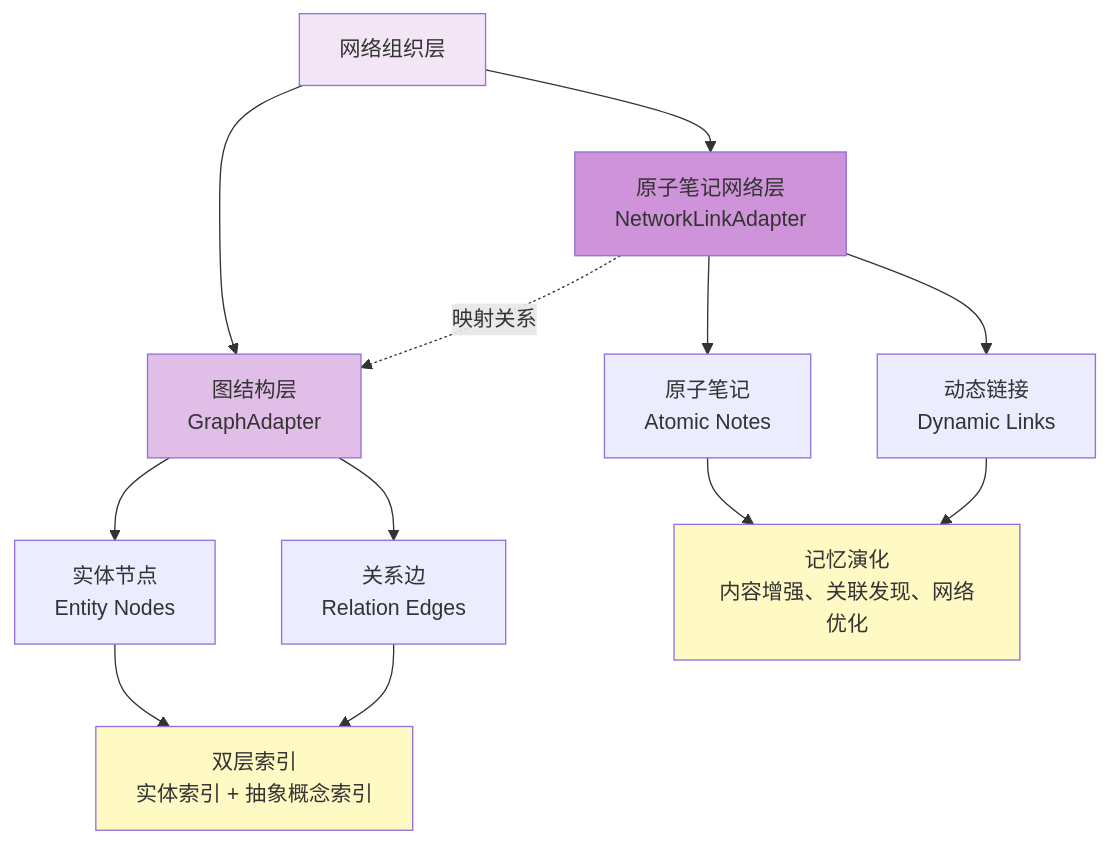
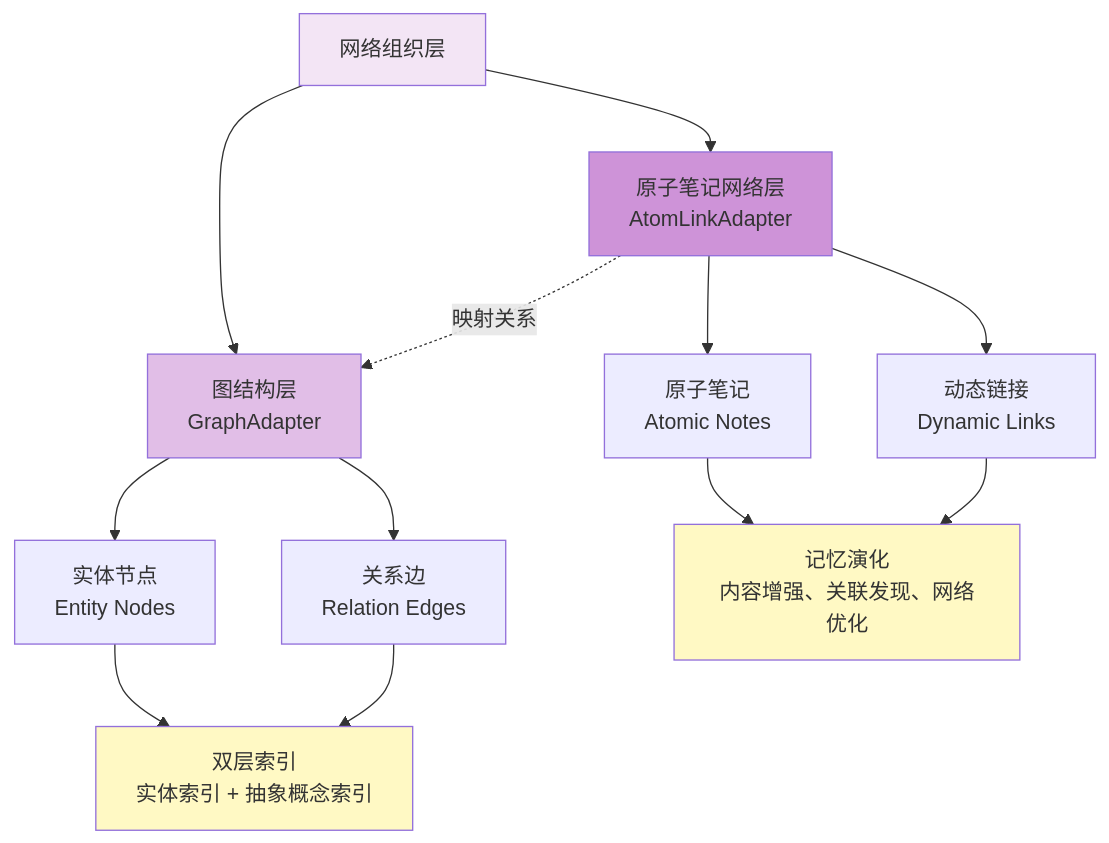
The fourth of 7 diagrams in src/memory/unimem/README.md (Decalogue/creator), drawn with Mermaid before and after one commit. The commit also changed other lines of this file and 159 other files, not shown here.

````diff
--- a/src/memory/unimem/README.md
+++ b/src/memory/unimem/README.md
@@ -291,25 +291,25 @@
 ```mermaid
 flowchart TD
     A[网络组织层] 
     
     A --> GraphLayer[图结构层<br/>GraphAdapter]
-    A --> NetworkLayer[原子笔记网络层<br/>NetworkLinkAdapter]
+    A --> NetworkLayer[原子笔记网络层<br/>AtomLinkAdapter]
     
     GraphLayer --> Entity[实体节点<br/>Entity Nodes]
     GraphLayer --> Relation[关系边<br/>Relation Edges]
     Entity --> Index[双层索引<br/>实体索引 + 抽象概念索引]
     Relation --> Index
     
     NetworkLayer --> Atomic[原子笔记<br/>Atomic Notes]
     NetworkLayer --> Dynamic[动态链接<br/>Dynamic Links]
     Atomic --> Evolution[记忆演化<br/>内容增强、关联发现、网络优化]
     Dynamic --> Evolution
     
     NetworkLayer -.->|映射关系| GraphLayer
     
     style A fill:#f3e5f5
     style GraphLayer fill:#e1bee7
     style NetworkLayer fill:#ce93d8
     style Index fill:#fff9c4
     style Evolution fill:#fff9c4
 ```
````
